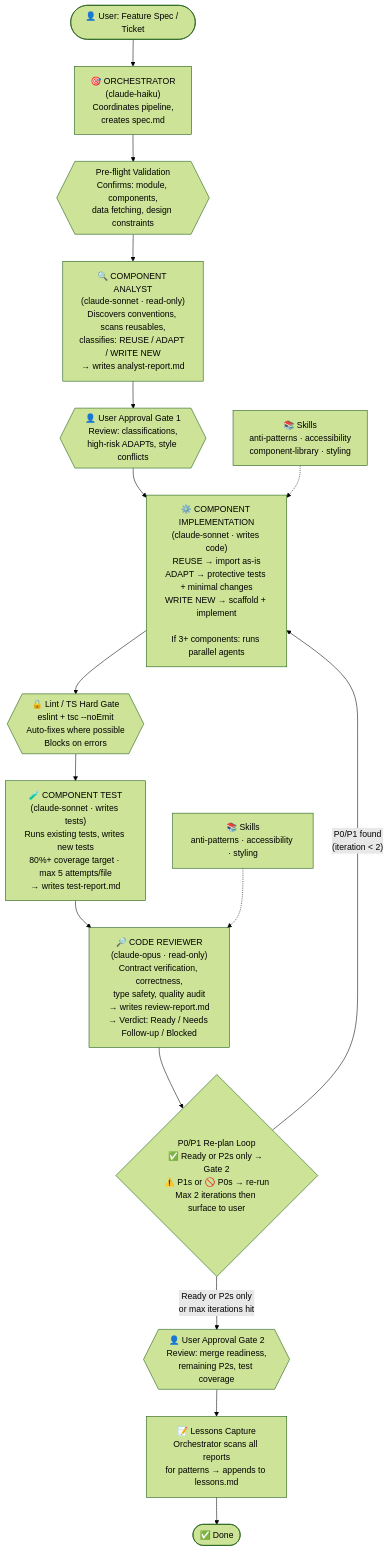
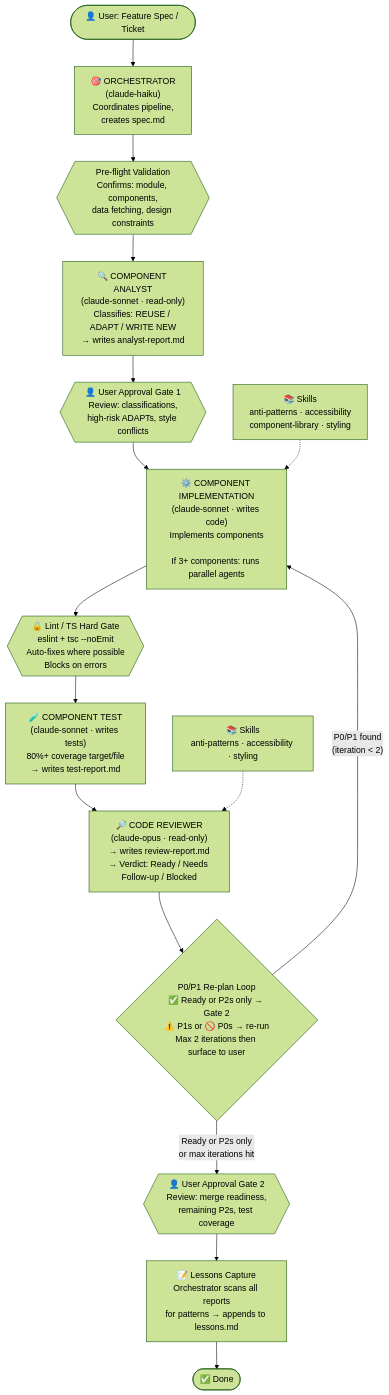
The diagram in README.md (cgfeletar/Agents), drawn with Mermaid (forest theme) before and after one commit.

Commit message:
trim flowchart wordiness

````diff
--- a/README.md
+++ b/README.md
@@ -14,47 +14,47 @@
 ```mermaid
 flowchart TD
     USER([👤 User: Feature Spec / Ticket])
     USER --> ORC
 
     ORC["🎯 ORCHESTRATOR<br/>(claude-haiku)<br/>Coordinates pipeline,<br/>creates spec.md"]
     ORC --> PRE
 
     PRE{{"Pre-flight Validation<br/>Confirms: module, components,<br/>data fetching, design constraints"}}
     PRE --> ANA
 
-    ANA["🔍 COMPONENT ANALYST<br/>(claude-sonnet · read-only)<br/>Discovers conventions, scans reusables,<br/>classifies: REUSE / ADAPT / WRITE NEW<br/>→ writes analyst-report.md"]
+    ANA["🔍 COMPONENT ANALYST<br/>(claude-sonnet · read-only)<br/>Classifies: REUSE / ADAPT / WRITE NEW<br/>→ writes analyst-report.md"]
     ANA --> GATE1
 
     GATE1{{"👤 User Approval Gate 1<br/>Review: classifications,<br/>high-risk ADAPTs, style conflicts"}}
     GATE1 --> IMP
 
     SK_IMP["📚 Skills<br/>anti-patterns · accessibility<br/>component-library · styling"]
     SK_IMP -.-> IMP
 
-    IMP["⚙️ COMPONENT IMPLEMENTATION<br/>(claude-sonnet · writes code)<br/>REUSE → import as-is<br/>ADAPT → protective tests + minimal changes<br/>WRITE NEW → scaffold + implement<br/><br/>If 3+ components: runs parallel agents"]
+    IMP["⚙️ COMPONENT IMPLEMENTATION<br/>(claude-sonnet · writes code)<br/>Implements components<br/><br/>If 3+ components: runs parallel agents"]
     IMP --> LINT
 
     LINT{{"🔒 Lint / TS Hard Gate<br/>eslint + tsc --noEmit<br/>Auto-fixes where possible<br/>Blocks on errors"}}
     LINT --> TEST
 
-    TEST["🧪 COMPONENT TEST<br/>(claude-sonnet · writes tests)<br/>Runs existing tests, writes new tests<br/>80%+ coverage target · max 5 attempts/file<br/>→ writes test-report.md"]
+    TEST["🧪 COMPONENT TEST<br/>(claude-sonnet · writes tests)<br/>80%+ coverage target/file<br/>→ writes test-report.md"]
     TEST --> REV
 
     SK_REV["📚 Skills<br/>anti-patterns · accessibility · styling"]
     SK_REV -.-> REV
 
-    REV["🔎 CODE REVIEWER<br/>(claude-opus · read-only)<br/>Contract verification, correctness,<br/>type safety, quality audit<br/>→ writes review-report.md<br/>→ Verdict: Ready / Needs Follow-up / Blocked"]
+    REV["🔎 CODE REVIEWER<br/>(claude-opus · read-only)<br/>→ writes review-report.md<br/>→ Verdict: Ready / Needs Follow-up / Blocked"]
     REV --> LOOP
 
     LOOP{"P0/P1 Re-plan Loop<br/>✅ Ready or P2s only → Gate 2<br/>⚠️ P1s or 🚫 P0s → re-run<br/>Max 2 iterations then surface to user"}
     LOOP -->|"P0/P1 found<br/>(iteration < 2)"| IMP
     LOOP -->|"Ready or P2s only<br/>or max iterations hit"| GATE2
 
     GATE2{{"👤 User Approval Gate 2<br/>Review: merge readiness,<br/>remaining P2s, test coverage"}}
     GATE2 --> LESSONS
 
     LESSONS["📝 Lessons Capture<br/>Orchestrator scans all reports<br/>for patterns → appends to lessons.md"]
     LESSONS --> DONE
 
     DONE([✅ Done])
 ```
````
